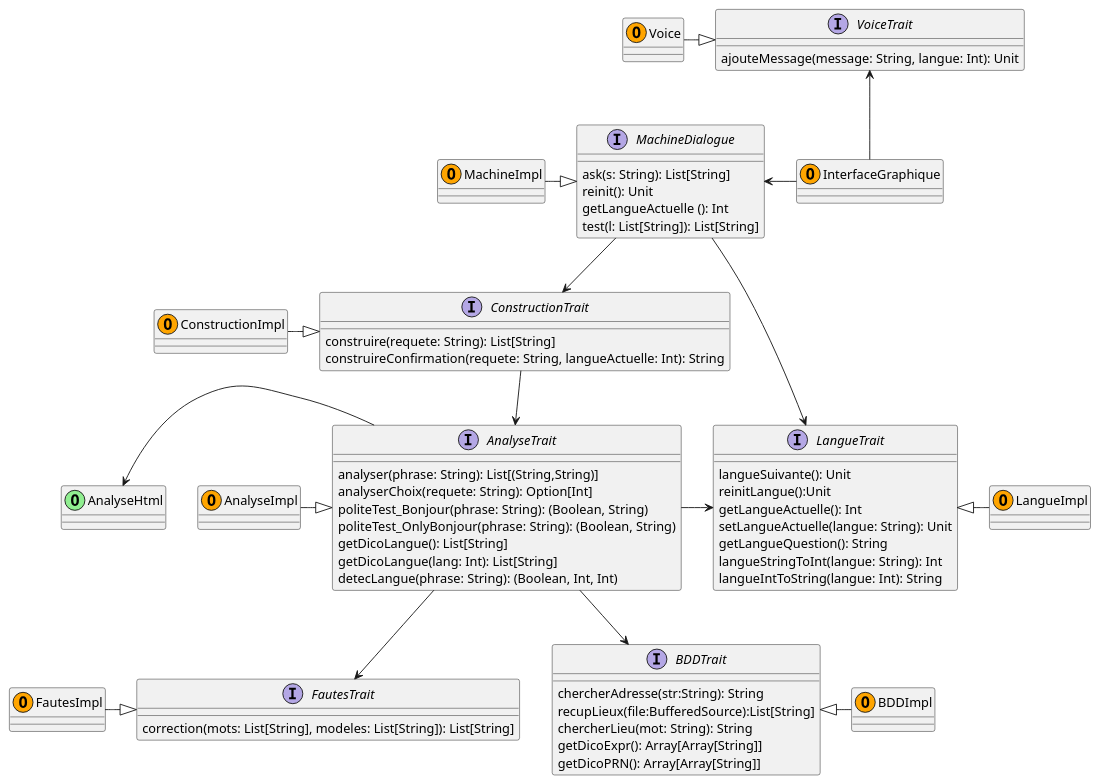
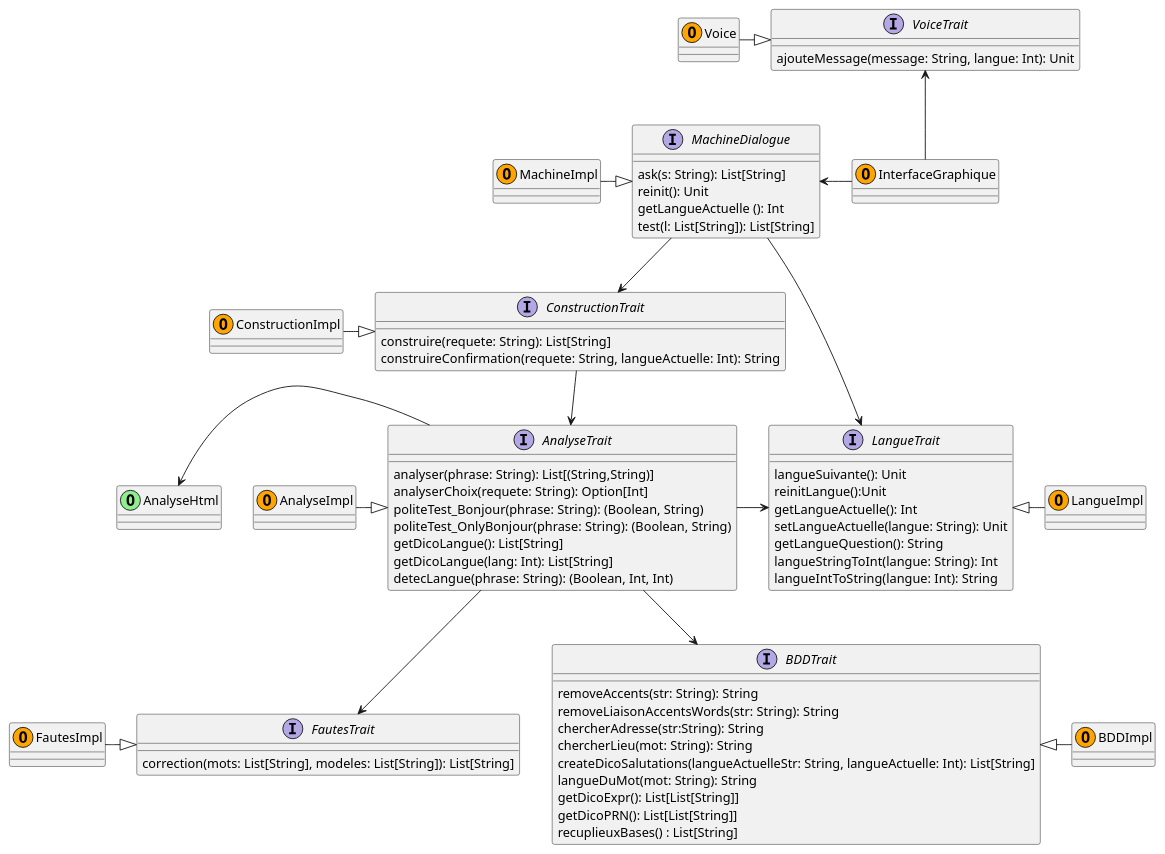
One commit to mathisglt/AvatarBacchus changed the diagram in src/main/scala/diagramme/diag_imp.plantuml. Above: the diagram before and after it, drawn with PlantUML.

Commit message:
Diagramme Version FINALE

```diff
--- a/src/main/scala/diagramme/diag_imp.plantuml
+++ b/src/main/scala/diagramme/diag_imp.plantuml
@@ -1,88 +1,92 @@
 @startuml Avatar
 
 ' Création des interfaces
 
 interface AnalyseTrait{
 	analyser(phrase: String): List[(String,String)]
 	analyserChoix(requete: String): Option[Int]
 	politeTest_Bonjour(phrase: String): (Boolean, String)
 	politeTest_OnlyBonjour(phrase: String): (Boolean, String)
 	getDicoLangue(): List[String]
 	getDicoLangue(lang: Int): List[String]
 	detecLangue(phrase: String): (Boolean, Int, Int)
 }
 
 interface BDDTrait{
+	removeAccents(str: String): String 
+	removeLiaisonAccentsWords(str: String): String 
 	chercherAdresse(str:String): String
-	recupLieux(file:BufferedSource):List[String]
 	chercherLieu(mot: String): String
-	getDicoExpr(): Array[Array[String]]
-	getDicoPRN(): Array[Array[String]]
+	createDicoSalutations(langueActuelleStr: String, langueActuelle: Int): List[String] 
+	langueDuMot(mot: String): String 
+	getDicoExpr(): List[List[String]]
+	getDicoPRN(): List[List[String]]
+	recuplieuxBases() : List[String]
 }
 
 interface ConstructionTrait{
 	construire(requete: String): List[String]
 	construireConfirmation(requete: String, langueActuelle: Int): String
 }
 
 interface LangueTrait{
 	langueSuivante(): Unit
 	reinitLangue():Unit
  	getLangueActuelle(): Int
   	setLangueActuelle(langue: String): Unit
   	getLangueQuestion(): String
   	langueStringToInt(langue: String): Int
 	langueIntToString(langue: Int): String
 }
 
 interface MachineDialogue {
 	ask(s: String): List[String]
 	reinit(): Unit
 	getLangueActuelle (): Int 
 	test(l: List[String]): List[String]
 }
 
 interface FautesTrait{
 	correction(mots: List[String], modeles: List[String]): List[String]
 }
 
 interface VoiceTrait{
 	ajouteMessage(message: String, langue: Int): Unit
 }
 
 
 ' Création des objects
 
 ' Objet issu du projet Robot Web 
 class AnalyseHtml <<(O,LightGreen)>> 
 
 class AnalyseImpl <<(O,Orange)>>
 class BDDImpl <<(O,Orange)>>
 class ConstructionImpl <<(O,Orange)>>
 class InterfaceGraphique <<(O,Orange)>>
 class LangueImpl <<(O,Orange)>>
 class MachineImpl <<(O,Orange)>>
 class FautesImpl <<(O,Orange)>>
 class Voice <<(O,Orange)>>
 
 ' Relations d'héritage
 MachineImpl -|> MachineDialogue
 BDDTrait <|-  BDDImpl
 ConstructionImpl -|>  ConstructionTrait
 AnalyseImpl -|>  AnalyseTrait
 FautesImpl -|> FautesTrait
 LangueTrait <|-  LangueImpl
 Voice -|> VoiceTrait
 
 ' Relations d'utilisation
 MachineDialogue --> ConstructionTrait
 MachineDialogue <- InterfaceGraphique
 VoiceTrait <-- InterfaceGraphique
 ConstructionTrait --> AnalyseTrait
 AnalyseTrait -> LangueTrait
 AnalyseTrait --> FautesTrait
 AnalyseTrait --> BDDTrait
 AnalyseHtml <- AnalyseTrait
 MachineDialogue --> LangueTrait
 
 @enduml
```
